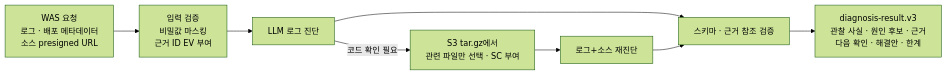
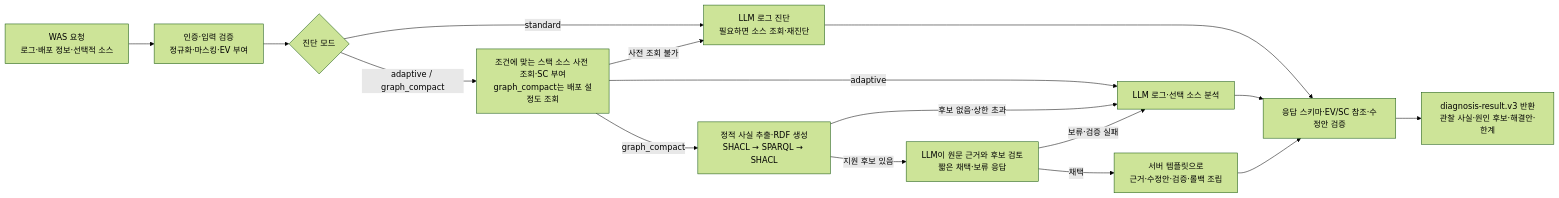
One commit to 2026-softbank-1/iris-error-check-agent changed the second of 2 diagrams in README.md. Above: the diagram before and after it, drawn with Mermaid (forest theme). The commit also changed other lines of this file and 39 other files, not shown here.

````diff
--- a/README.md
+++ b/README.md
@@ -31,10 +32,18 @@
 ```mermaid
 flowchart LR
-  IN[WAS 요청<br/>로그 · 배포 메타데이터<br/>소스 presigned URL] --> PRE[입력 검증<br/>비밀값 마스킹<br/>근거 ID EV 부여]
-  PRE --> LLM[LLM 로그 진단]
-  LLM -->|코드 확인 필요| SRC[S3 tar.gz에서<br/>관련 파일만 선택 · SC 부여]
-  SRC --> LLM2[로그+소스 재진단]
-  LLM --> VAL[스키마 · 근거 참조 검증]
-  LLM2 --> VAL
-  VAL --> OUT[diagnosis-result.v3<br/>관찰 사실 · 원인 후보 · 근거<br/>다음 확인 · 해결안 · 한계]
+  IN["WAS 요청<br/>로그·배포 정보·선택적 소스"] --> PRE["인증·입력 검증<br/>정규화·마스킹·EV 부여"]
+  PRE --> MODE{"진단 모드"}
+  MODE -->|standard| NORMAL["LLM 로그 진단<br/>필요하면 소스 조회·재진단"]
+  MODE -->|adaptive / graph_compact| SRC["조건에 맞는 스택 소스 사전 조회·SC 부여<br/>graph_compact는 배포 설정도 조회"]
+  SRC -->|사전 조회 불가| NORMAL
+  SRC -->|adaptive| FULL["LLM 로그·선택 소스 분석"]
+  SRC -->|graph_compact| KG["정적 사실 추출·RDF 생성<br/>SHACL → SPARQL → SHACL"]
+  KG -->|후보 없음·상한 초과| FULL
+  KG -->|지원 후보 있음| REVIEW["LLM이 원문 근거와 후보 검토<br/>짧은 채택·보류 응답"]
+  REVIEW -->|채택| PLAN["서버 템플릿으로<br/>근거·수정안·검증·롤백 조립"]
+  REVIEW -->|보류·검증 실패| FULL
+  NORMAL --> VAL["응답 스키마·EV/SC 참조·수정안 검증"]
+  FULL --> VAL
+  PLAN --> VAL
+  VAL --> OUT["diagnosis-result.v3 반환<br/>관찰 사실·원인 후보·해결안·한계"]
 ```
````
